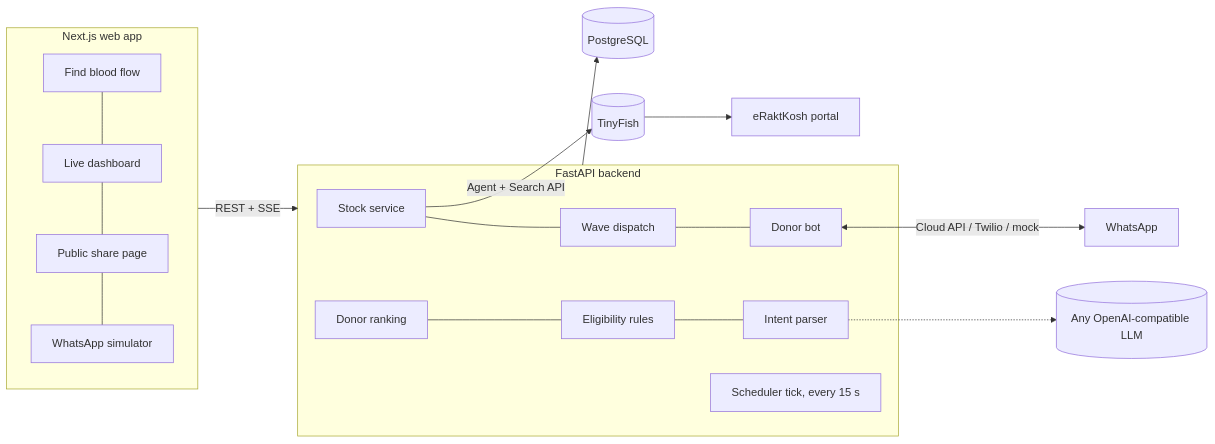
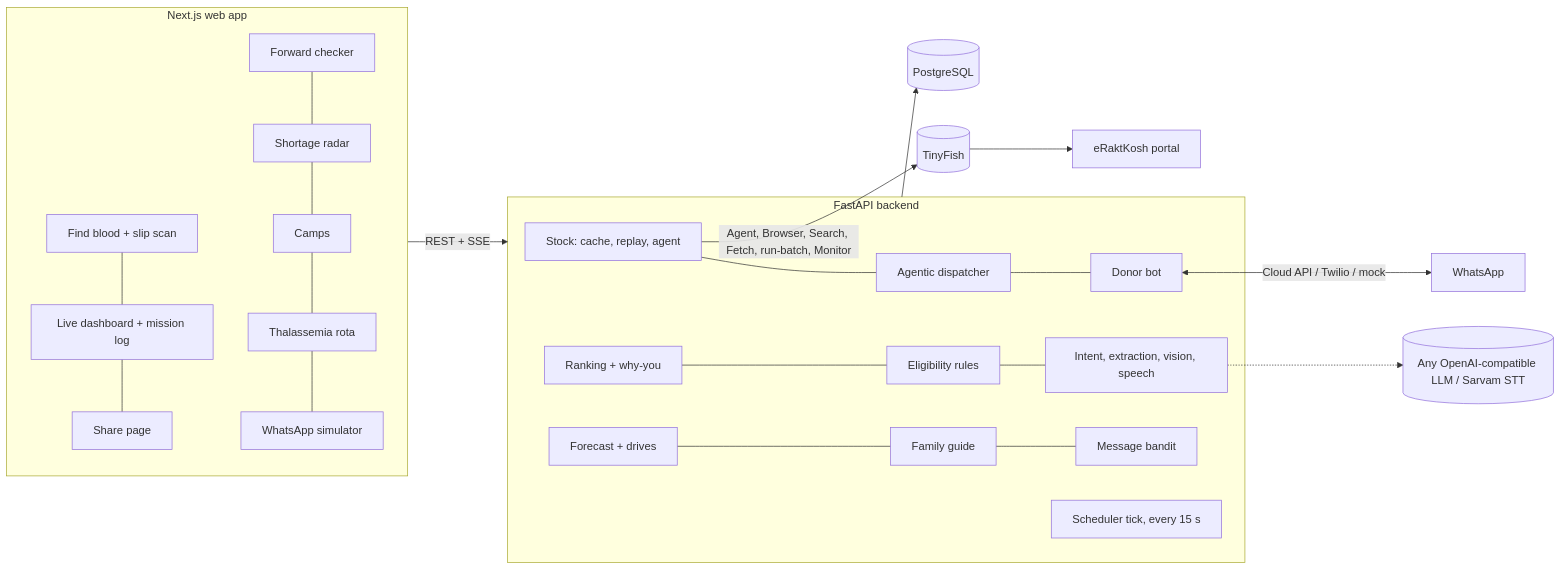
One commit to 4-thkind/RaktDoot changed the second of 6 diagrams in README.md. Above: the diagram before and after it, drawn with Mermaid. The commit also changed other lines of this file and 4 other files, not shown here.

````diff
--- a/README.md
+++ b/README.md
@@ -91,17 +93,19 @@
 ```mermaid
 flowchart LR
   subgraph Web["Next.js web app"]
-    R[Find blood flow] --- DB1[Live dashboard] --- S[Public share page] --- SIM[WhatsApp simulator]
+    R[Find blood + slip scan] --- DB1[Live dashboard + mission log] --- S[Share page]
+    CK[Forward checker] --- RD[Shortage radar] --- CA[Camps] --- RO[Thalassemia rota] --- SIM[WhatsApp simulator]
   end
   subgraph API["FastAPI backend"]
-    ST[Stock service] --- DIS[Wave dispatch] --- BOT[Donor bot]
-    RK[Donor ranking] --- EL[Eligibility rules] --- LLM[Intent parser]
+    ST[Stock: cache, replay, agent] --- DIS[Agentic dispatcher] --- BOT[Donor bot]
+    RK[Ranking + why-you] --- EL[Eligibility rules] --- LLM[Intent, extraction, vision, speech]
+    FC[Forecast + drives] --- GD[Family guide] --- BD[Message bandit]
     TK[Scheduler tick, every 15 s]
   end
   Web -- "REST + SSE" --> API
-  ST -- "Agent + Search API" --> TF[(TinyFish)]
+  ST -- "Agent, Browser, Search, Fetch, run-batch, Monitor" --> TF[(TinyFish)]
   TF --> ER[eRaktKosh portal]
   API --> PG[(PostgreSQL)]
   BOT <-- "Cloud API / Twilio / mock" --> WA[WhatsApp]
-  LLM -.-> OAI[(Any OpenAI-compatible LLM)]
+  LLM -.-> OAI[(Any OpenAI-compatible LLM / Sarvam STT)]
 ```
````
